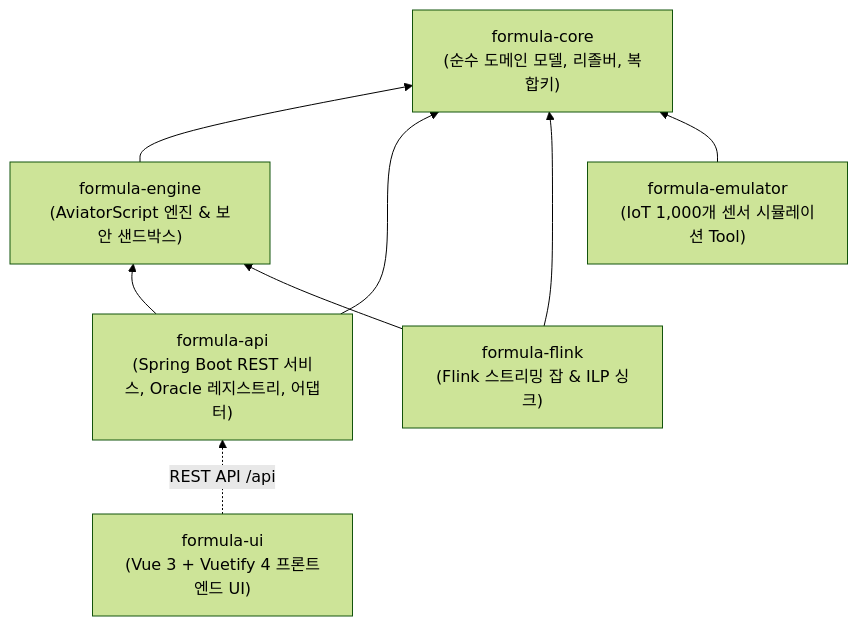
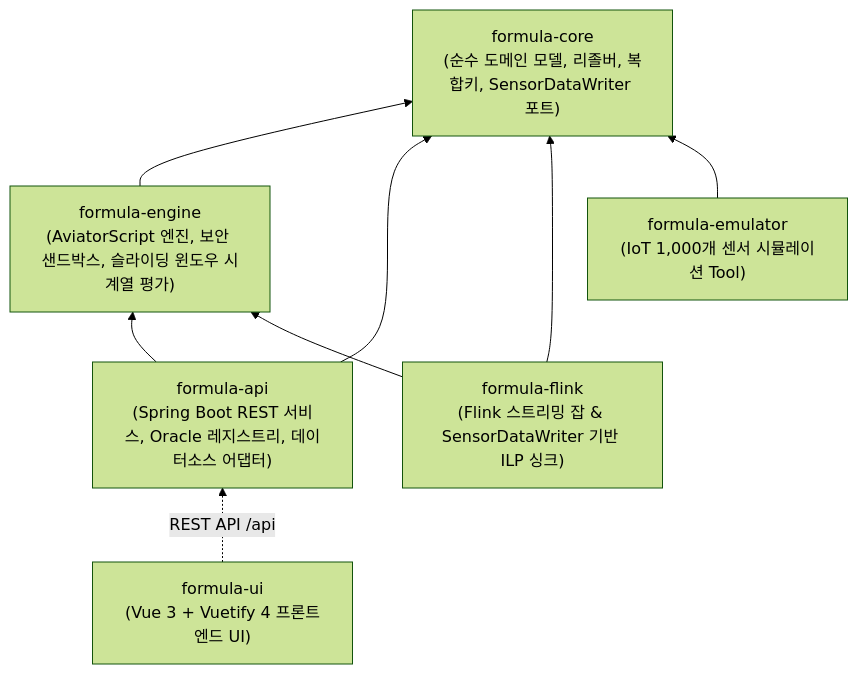
Before and after one commit to imoil/formula-evaluator-service: the second of 2 diagrams in README.md, drawn with Mermaid (forest theme). The commit also changed other lines of this file and 13 other files, not shown here.

````diff
--- a/README.md
+++ b/README.md
@@ -128,17 +126,17 @@
 ```mermaid
 flowchart BT
-    formulaCore["formula-core<br/>(순수 도메인 모델, 리졸버, 복합키)"]
-    formulaEngine["formula-engine<br/>(AviatorScript 엔진 & 보안 샌드박스)"]
-    formulaApi["formula-api<br/>(Spring Boot REST 서비스, Oracle 레지스트리, 어댑터)"]
-    formulaFlink["formula-flink<br/>(Flink 스트리밍 잡 & ILP 싱크)"]
+    formulaCore["formula-core<br/>(순수 도메인 모델, 리졸버, 복합키, SensorDataWriter 포트)"]
+    formulaEngine["formula-engine<br/>(AviatorScript 엔진, 보안 샌드박스, 슬라이딩 윈도우 시계열 평가)"]
+    formulaApi["formula-api<br/>(Spring Boot REST 서비스, Oracle 레지스트리, 데이터소스 어댑터)"]
+    formulaFlink["formula-flink<br/>(Flink 스트리밍 잡 & SensorDataWriter 기반 ILP 싱크)"]
     formulaEmulator["formula-emulator<br/>(IoT 1,000개 센서 시뮬레이션 Tool)"]
     formulaUi["formula-ui<br/>(Vue 3 + Vuetify 4 프론트엔드 UI)"]
 
     formulaEngine --> formulaCore
     formulaApi --> formulaCore
     formulaApi --> formulaEngine
     formulaFlink --> formulaCore
     formulaFlink --> formulaEngine
     formulaEmulator --> formulaCore
     formulaUi -.->|REST API /api| formulaApi
 ```
````
